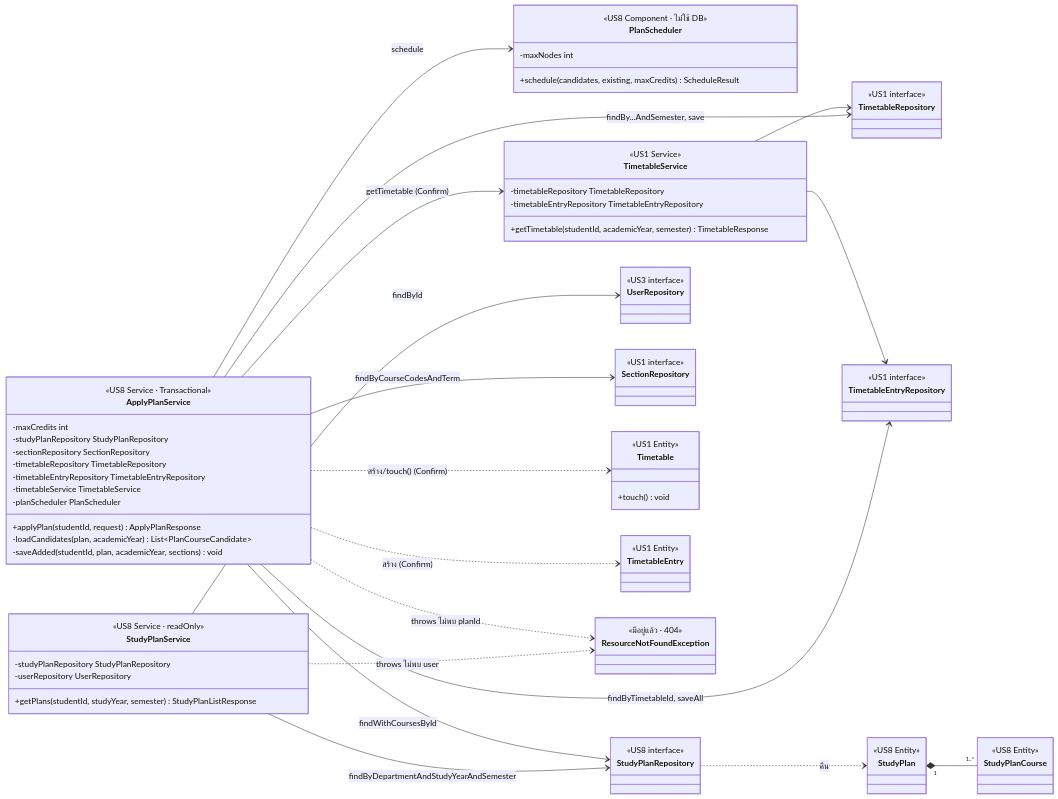
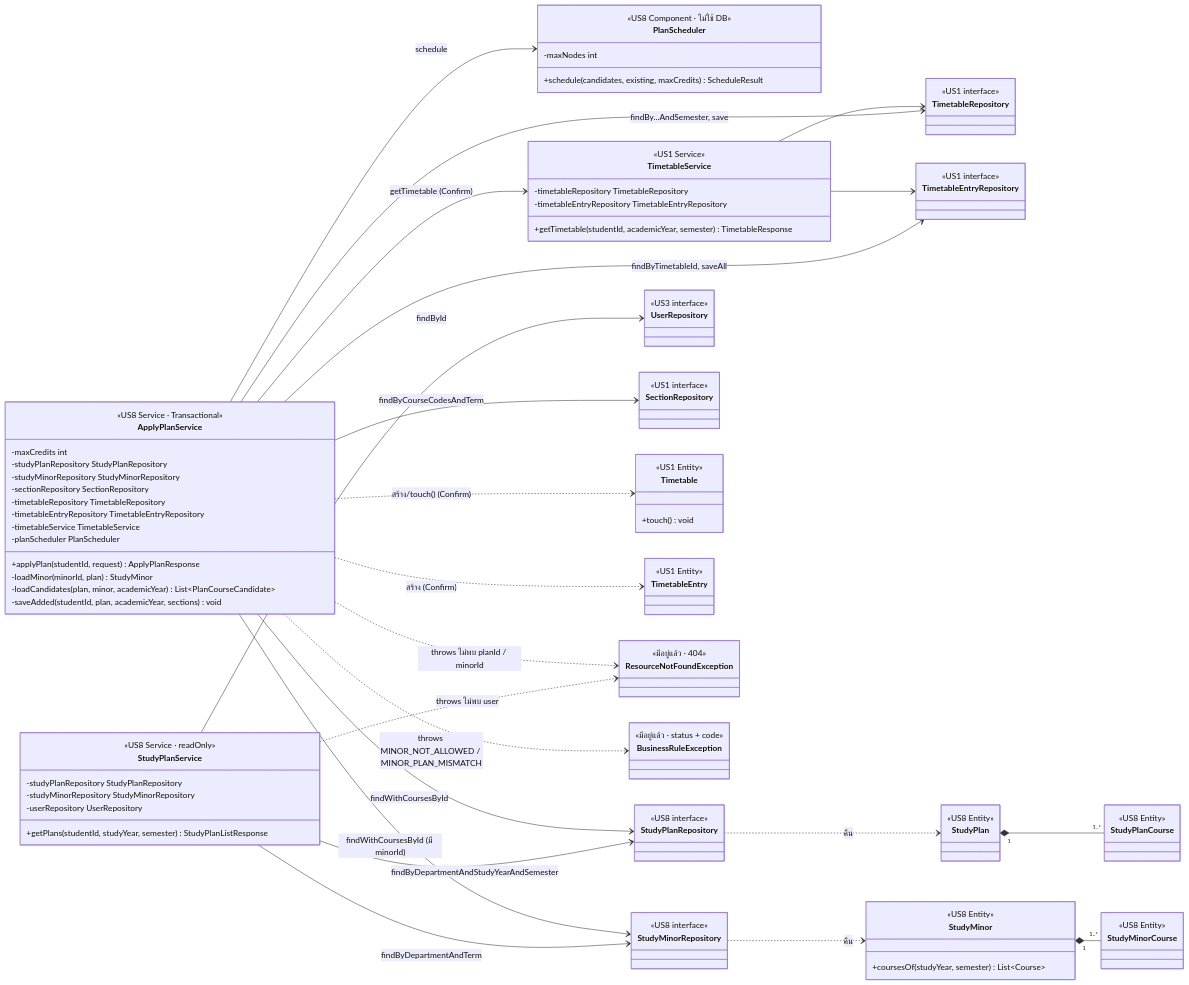
Before and after one commit to Non-Sin/CS261-G3-MockTimetableTU: the diagram in .doc/US8/T06/US8-T06-Extended-API-Class-Diagram.md, drawn with Mermaid. The commit also changed other lines of this file and 5 other files, not shown here.

````diff
--- a/.doc/US8/T06/US8-T06-Extended-API-Class-Diagram.md
+++ b/.doc/US8/T06/US8-T06-Extended-API-Class-Diagram.md
@@ -9,6 +9,7 @@
     class StudyPlanService {
         <<US8 Service · readOnly>>
         -studyPlanRepository StudyPlanRepository
+        -studyMinorRepository StudyMinorRepository
         -userRepository UserRepository
         +getPlans(studentId, studyYear, semester) StudyPlanListResponse
     }
@@ -16,13 +17,15 @@
         <<US8 Service · Transactional>>
         -maxCredits int
         -studyPlanRepository StudyPlanRepository
+        -studyMinorRepository StudyMinorRepository
         -sectionRepository SectionRepository
         -timetableRepository TimetableRepository
         -timetableEntryRepository TimetableEntryRepository
         -timetableService TimetableService
         -planScheduler PlanScheduler
         +applyPlan(studentId, request) ApplyPlanResponse
-        -loadCandidates(plan, academicYear) List~PlanCourseCandidate~
+        -loadMinor(minorId, plan) StudyMinor
+        -loadCandidates(plan, minor, academicYear) List~PlanCourseCandidate~
         -saveAdded(studentId, plan, academicYear, sections) void
     }
     class PlanScheduler {
@@ -38,6 +41,9 @@
     }
 
     class StudyPlanRepository {
+        <<US8 interface>>
+    }
+    class StudyMinorRepository {
         <<US8 interface>>
     }
     class UserRepository {
@@ -59,6 +65,13 @@
     class StudyPlanCourse {
         <<US8 Entity>>
     }
+    class StudyMinor {
+        <<US8 Entity>>
+        +coursesOf(studyYear, semester) List~Course~
+    }
+    class StudyMinorCourse {
+        <<US8 Entity>>
+    }
     class Timetable {
         <<US1 Entity>>
         +touch() void
@@ -69,10 +82,15 @@
     class ResourceNotFoundException {
         <<มีอยู่แล้ว · 404>>
     }
+    class BusinessRuleException {
+        <<มีอยู่แล้ว · status + code>>
+    }
 
     StudyPlanService --> StudyPlanRepository : findByDepartmentAndStudyYearAndSemester
+    StudyPlanService --> StudyMinorRepository : findByDepartmentAndTerm
     StudyPlanService --> UserRepository : findById
     ApplyPlanService --> StudyPlanRepository : findWithCoursesById
+    ApplyPlanService --> StudyMinorRepository : findWithCoursesById (มี minorId)
     ApplyPlanService --> SectionRepository : findByCourseCodesAndTerm
     ApplyPlanService --> TimetableRepository : findBy...AndSemester, save
     ApplyPlanService --> TimetableEntryRepository : findByTimetableId, saveAll
@@ -82,9 +100,12 @@
     TimetableService --> TimetableEntryRepository
 
     StudyPlanRepository ..> StudyPlan : คืน
+    StudyMinorRepository ..> StudyMinor : คืน
     StudyPlan "1" *-- "1..*" StudyPlanCourse
+    StudyMinor "1" *-- "1..*" StudyMinorCourse
     ApplyPlanService ..> Timetable : สร้าง/touch() (Confirm)
     ApplyPlanService ..> TimetableEntry : สร้าง (Confirm)
     StudyPlanService ..> ResourceNotFoundException : throws ไม่พบ user
-    ApplyPlanService ..> ResourceNotFoundException : throws ไม่พบ planId
+    ApplyPlanService ..> ResourceNotFoundException : throws ไม่พบ planId / minorId
+    ApplyPlanService ..> BusinessRuleException : throws MINOR_NOT_ALLOWED / MINOR_PLAN_MISMATCH
 ```
````
